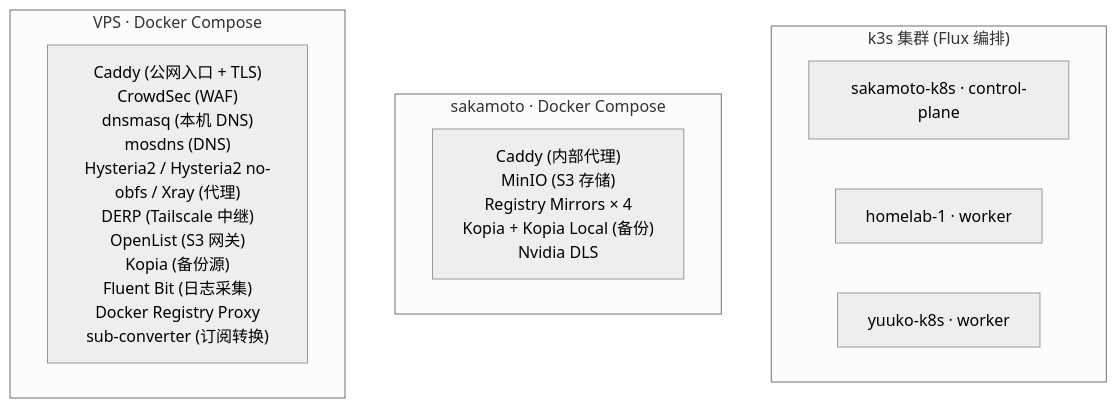
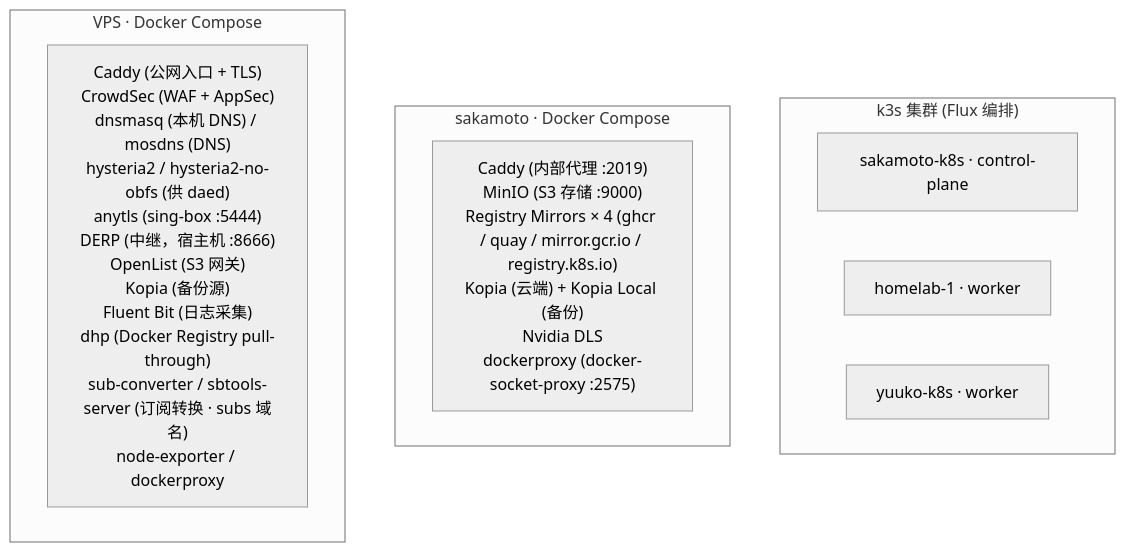
One commit to shelken/home-ops changed the third of 9 diagrams in docs/ARCHITECTURE.md. Above: the diagram before and after it, drawn with Mermaid (neutral theme). The commit also changed other lines of this file and 1 other file, not shown here.

````diff
--- a/docs/ARCHITECTURE.md
+++ b/docs/ARCHITECTURE.md
@@ -112,30 +115,32 @@
 ```mermaid
 graph TB
     subgraph K3S["k3s 集群 (Flux 编排)"]
         NODE_SAKA["sakamoto-k8s · control-plane"]
         NODE_H1["homelab-1 · worker"]
         NODE_YUUKO["yuuko-k8s · worker"]
     end
 
     subgraph COMPOSE_SAKA["sakamoto · Docker Compose"]
-        CD_SAKA["Caddy (内部代理)
-MinIO (S3 存储)
-Registry Mirrors × 4
-Kopia + Kopia Local (备份)
-Nvidia DLS"]
+        CD_SAKA["Caddy (内部代理 :2019)
+MinIO (S3 存储 :9000)
+Registry Mirrors × 4 (ghcr / quay / mirror.gcr.io / registry.k8s.io)
+Kopia (云端) + Kopia Local (备份)
+Nvidia DLS
+dockerproxy (docker-socket-proxy :2575)"]
     end
 
     subgraph COMPOSE_VPS["VPS · Docker Compose"]
         CD_VPS["Caddy (公网入口 + TLS)
-CrowdSec (WAF)
-dnsmasq (本机 DNS)
-mosdns (DNS)
-Hysteria2 / Hysteria2 no-obfs / Xray (代理)
-DERP (Tailscale 中继)
+CrowdSec (WAF + AppSec)
+dnsmasq (本机 DNS) / mosdns (DNS)
+hysteria2 / hysteria2-no-obfs (供 daed)
+anytls (sing-box :5444)
+DERP (中继，宿主机 :8666)
 OpenList (S3 网关)
 Kopia (备份源)
 Fluent Bit (日志采集)
-Docker Registry Proxy
-sub-converter (订阅转换)"]
+dhp (Docker Registry pull-through)
+sub-converter / sbtools-server (订阅转换 · subs 域名)
+node-exporter / dockerproxy"]
     end
 ```
````
